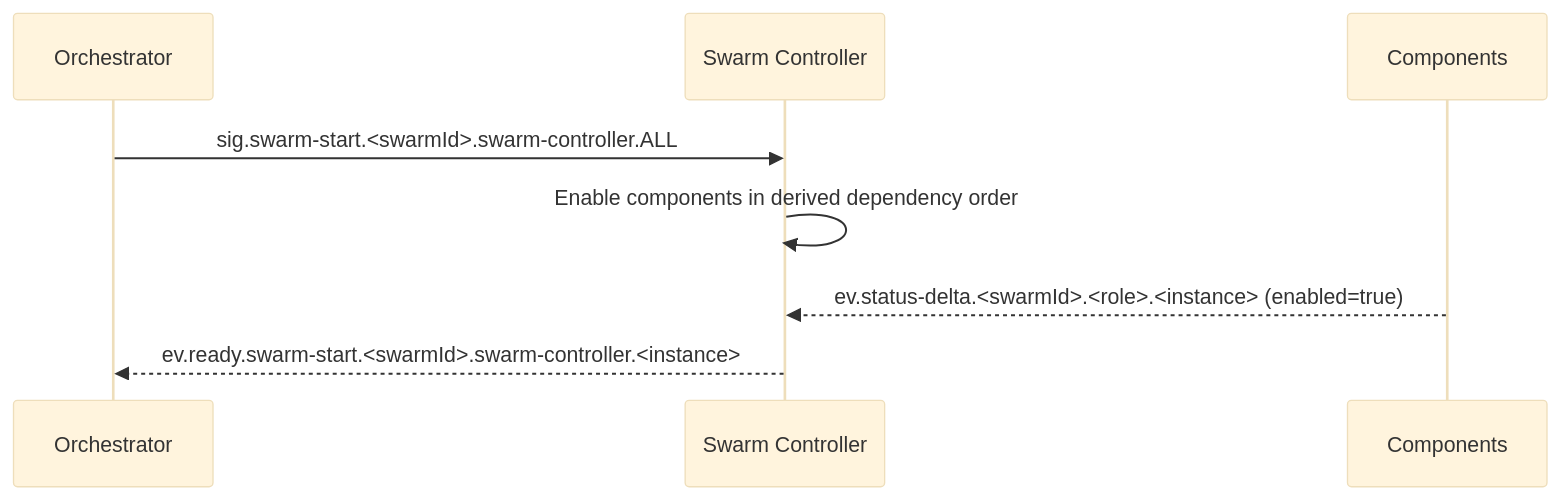
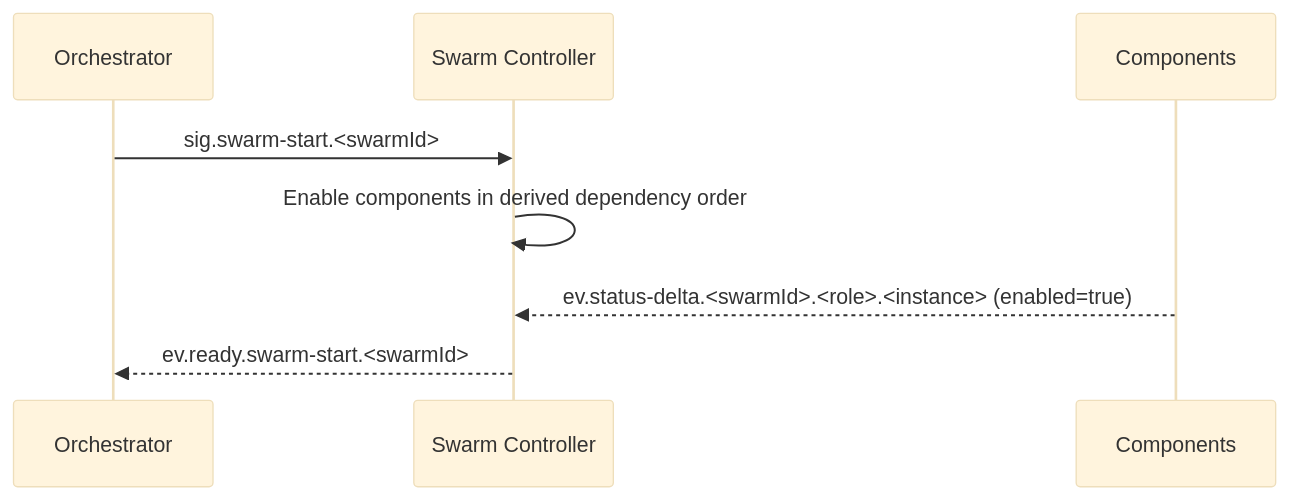
The second of 8 diagrams in docs/ARCHITECTURE.md (sepa79/PocketHive), drawn with Mermaid (base theme) before and after one commit. The commit also changed other lines of this file, not shown here.

Commit message:
docs: align architecture with control-plane contract

````diff
--- a/docs/ARCHITECTURE.md
+++ b/docs/ARCHITECTURE.md
@@ -173,11 +174,11 @@
 ```mermaid
 sequenceDiagram
   participant QN as Orchestrator
   participant MSH as Swarm Controller
   participant CMP as Components
 
-  QN->>MSH: sig.swarm-start.<swarmId>.swarm-controller.ALL
+  QN->>MSH: sig.swarm-start.<swarmId>
   MSH->>MSH: Enable components in derived dependency order
   CMP-->>MSH: ev.status-delta.<swarmId>.<role>.<instance> (enabled=true)
-  MSH-->>QN: ev.ready.swarm-start.<swarmId>.swarm-controller.<instance>
+  MSH-->>QN: ev.ready.swarm-start.<swarmId>
 ```
````
